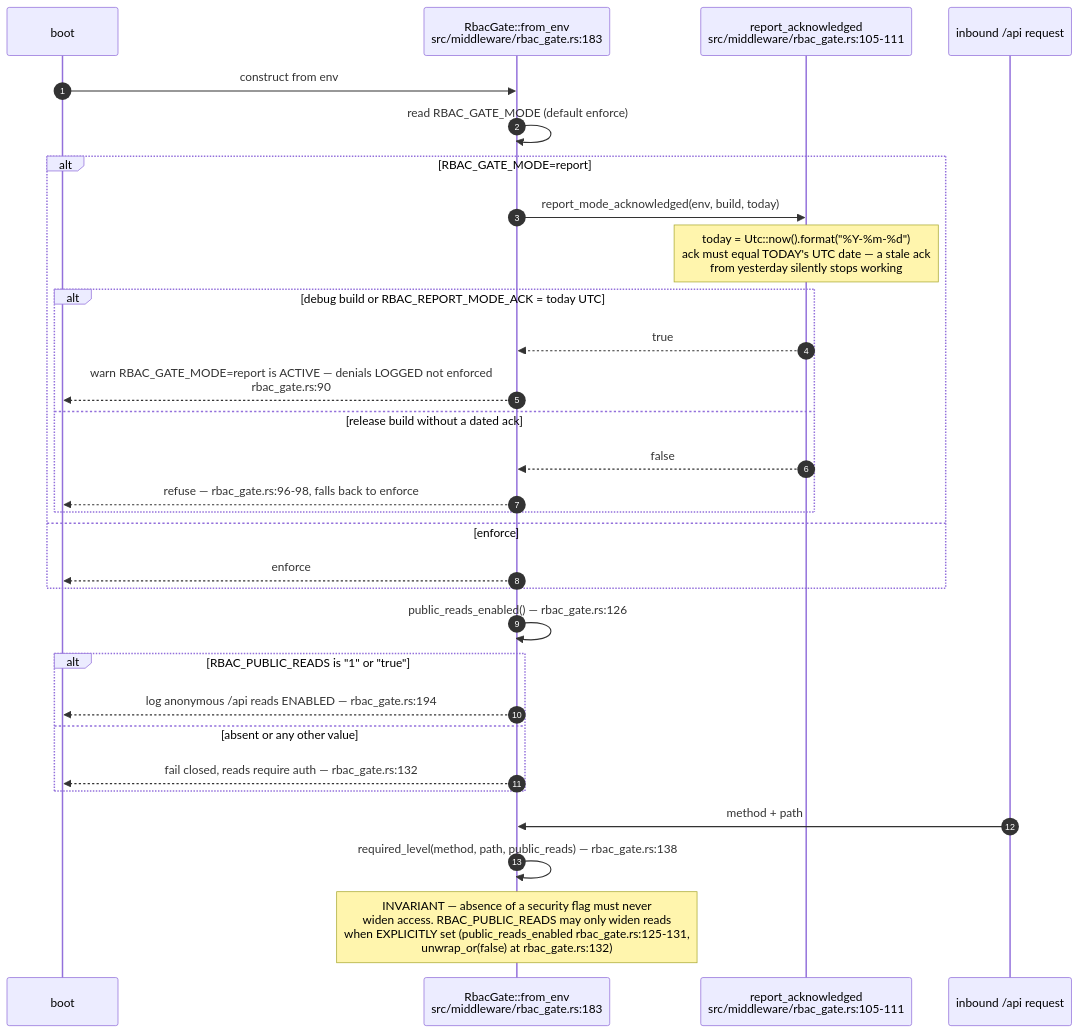
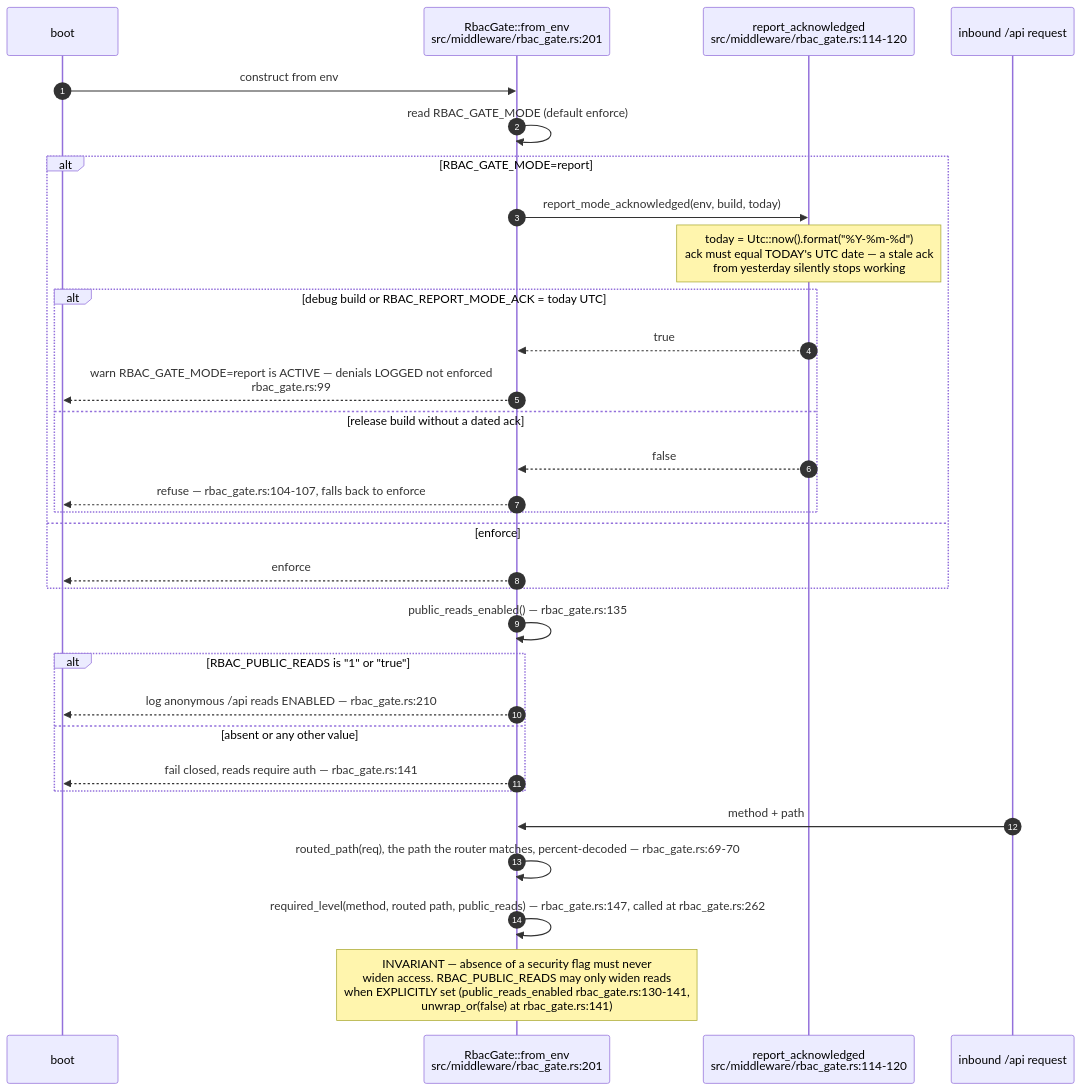
Before and after one commit to DreamLab-AI/VisionFlow: the fifth of 11 diagrams in docs/diagrams/estate/10-deployment-and-security-profiles.md, drawn with Mermaid. The commit also changed other lines of this file and 160 other files, not shown here.

````diff
--- a/docs/diagrams/estate/10-deployment-and-security-profiles.md
+++ b/docs/diagrams/estate/10-deployment-and-security-profiles.md
@@ -220,33 +222,34 @@
 ```mermaid
 sequenceDiagram
     autonumber
     participant B as boot
-    participant RG as RbacGate::from_env<br/>src/middleware/rbac_gate.rs:183
-    participant RA as report_acknowledged<br/>src/middleware/rbac_gate.rs:105-111
+    participant RG as RbacGate::from_env<br/>src/middleware/rbac_gate.rs:201
+    participant RA as report_acknowledged<br/>src/middleware/rbac_gate.rs:114-120
     participant REQ as inbound /api request
 
     B->>RG: construct from env
     RG->>RG: read RBAC_GATE_MODE (default enforce)
     alt RBAC_GATE_MODE=report
         RG->>RA: report_mode_acknowledged(env, build, today)
         Note over RA: today = Utc::now().format("%Y-%m-%d")<br/>ack must equal TODAY's UTC date — a stale ack<br/>from yesterday silently stops working
         alt debug build or RBAC_REPORT_MODE_ACK = today UTC
             RA-->>RG: true
-            RG-->>B: warn RBAC_GATE_MODE=report is ACTIVE — denials LOGGED not enforced<br/>rbac_gate.rs:90
+            RG-->>B: warn RBAC_GATE_MODE=report is ACTIVE — denials LOGGED not enforced<br/>rbac_gate.rs:99
         else release build without a dated ack
             RA-->>RG: false
-            RG-->>B: refuse — rbac_gate.rs:96-98, falls back to enforce
+            RG-->>B: refuse — rbac_gate.rs:104-107, falls back to enforce
         end
     else enforce
         RG-->>B: enforce
     end
-    RG->>RG: public_reads_enabled() — rbac_gate.rs:126
+    RG->>RG: public_reads_enabled() — rbac_gate.rs:135
     alt RBAC_PUBLIC_READS is "1" or "true"
-        RG-->>B: log anonymous /api reads ENABLED — rbac_gate.rs:194
+        RG-->>B: log anonymous /api reads ENABLED — rbac_gate.rs:210
     else absent or any other value
-        RG-->>B: fail closed, reads require auth — rbac_gate.rs:132
+        RG-->>B: fail closed, reads require auth — rbac_gate.rs:141
     end
     REQ->>RG: method + path
-    RG->>RG: required_level(method, path, public_reads) — rbac_gate.rs:138
-    Note over RG: INVARIANT — absence of a security flag must never<br/>widen access. RBAC_PUBLIC_READS may only widen reads<br/>when EXPLICITLY set (public_reads_enabled rbac_gate.rs:125-131,<br/>unwrap_or(false) at rbac_gate.rs:132)
+    RG->>RG: routed_path(req), the path the router matches, percent-decoded — rbac_gate.rs:69-70
+    RG->>RG: required_level(method, routed path, public_reads) — rbac_gate.rs:147, called at rbac_gate.rs:262
+    Note over RG: INVARIANT — absence of a security flag must never<br/>widen access. RBAC_PUBLIC_READS may only widen reads<br/>when EXPLICITLY set (public_reads_enabled rbac_gate.rs:130-141,<br/>unwrap_or(false) at rbac_gate.rs:141)
 ```
````
